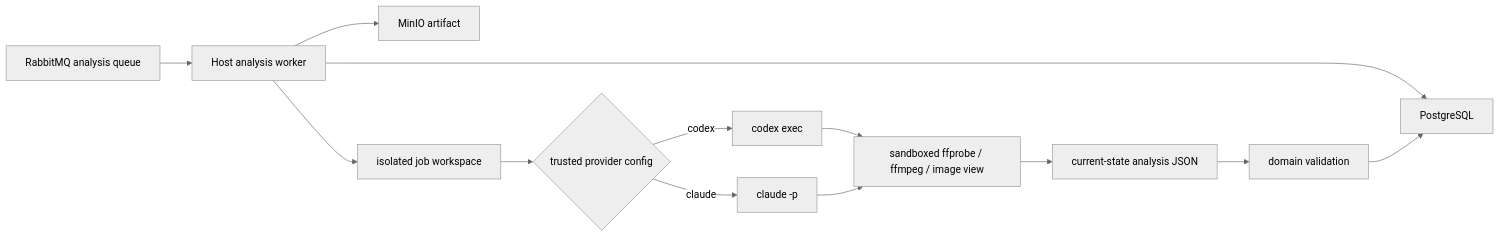
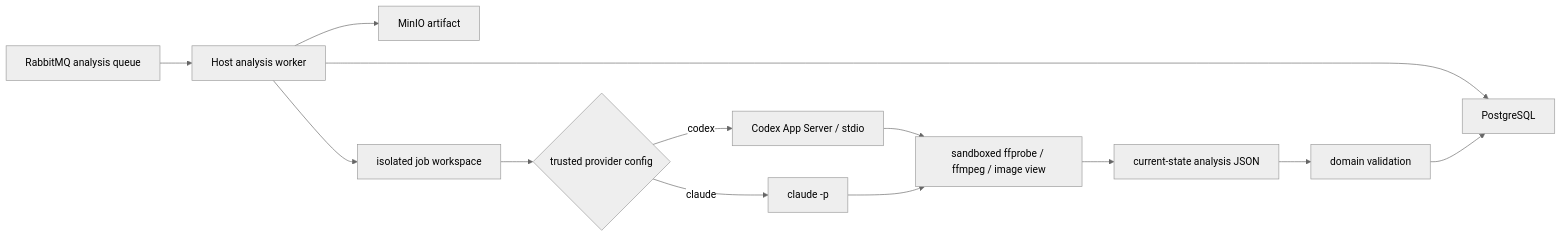
Before and after one commit to StephenQiu30/video-server: the diagram in docs/design/010-Codex与Claude CLI视频分析设计.md, drawn with Mermaid (neutral theme). The commit also changed other lines of this file and 60 other files, not shown here.

Commit message:
feat(runtime): 自动维护会话并接入 Codex App Server

````diff
--- a/docs/design/010-Codex与Claude CLI视频分析设计.md
+++ b/docs/design/010-Codex与Claude CLI视频分析设计.md
@@ -129,15 +124,15 @@
 ```mermaid
 flowchart LR
     Q["RabbitMQ analysis queue"] --> W["Host analysis worker"]
     W --> DB["PostgreSQL"]
     W --> S["MinIO artifact"]
     W --> J["isolated job workspace"]
     J --> P{"trusted provider config"}
-    P -->|codex| C["codex exec"]
+    P -->|codex| C["Codex App Server / stdio"]
     P -->|claude| A["claude -p"]
     C --> T["sandboxed ffprobe / ffmpeg / image view"]
     A --> T
     T --> O["current-state analysis JSON"]
     O --> V["domain validation"]
     V --> DB
 ```
````
